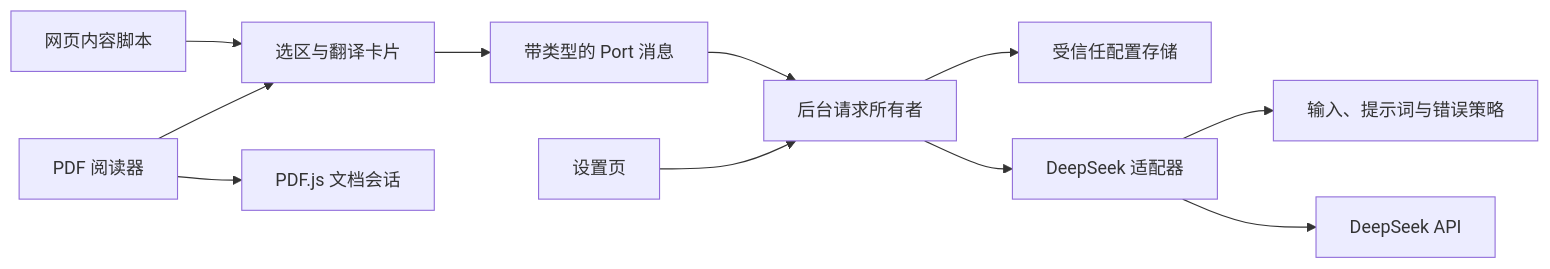
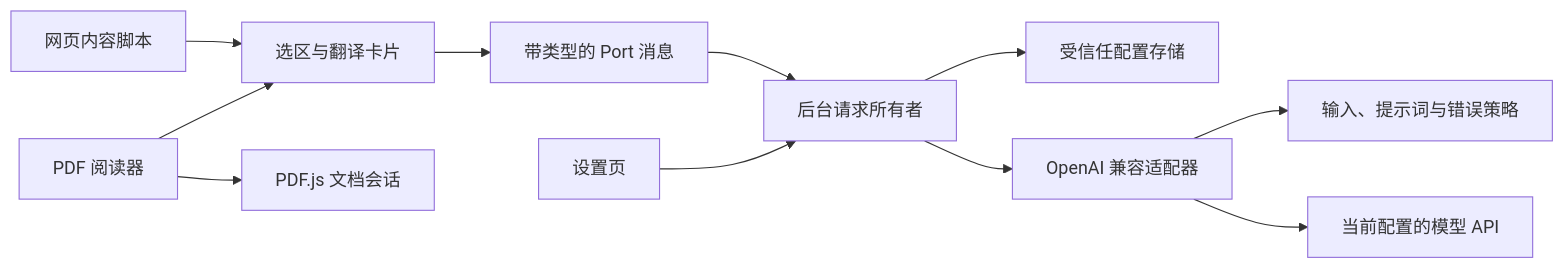
Before and after one commit to FKstack/near-translate: the diagram in docs/ARCHITECTURE.md, drawn with Mermaid. The commit also changed other lines of this file and 6 other files, not shown here.

````diff
--- a/docs/ARCHITECTURE.md
+++ b/docs/ARCHITECTURE.md
@@ -27,13 +83,13 @@
 ```mermaid
 flowchart LR
   Web[网页内容脚本] --> Selection[选区与翻译卡片]
   Reader[PDF 阅读器] --> Selection
   Reader --> PDF[PDF.js 文档会话]
   Selection --> Port[带类型的 Port 消息]
   Port --> Background[后台请求所有者]
   Options[设置页] --> Background
   Background --> Settings[受信任配置存储]
-  Background --> Provider[DeepSeek 适配器]
+  Background --> Provider[OpenAI 兼容适配器]
   Provider --> Core[输入、提示词与错误策略]
-  Provider --> API[DeepSeek API]
+  Provider --> API[当前配置的模型 API]
 ```
````
